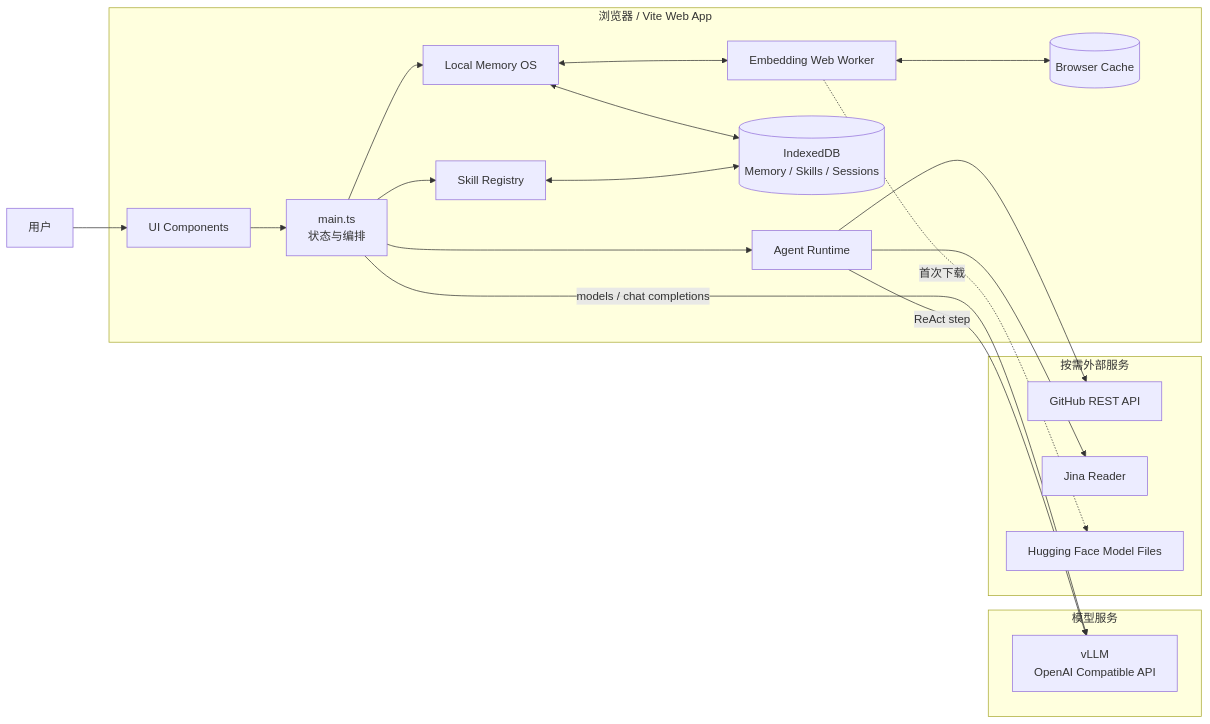
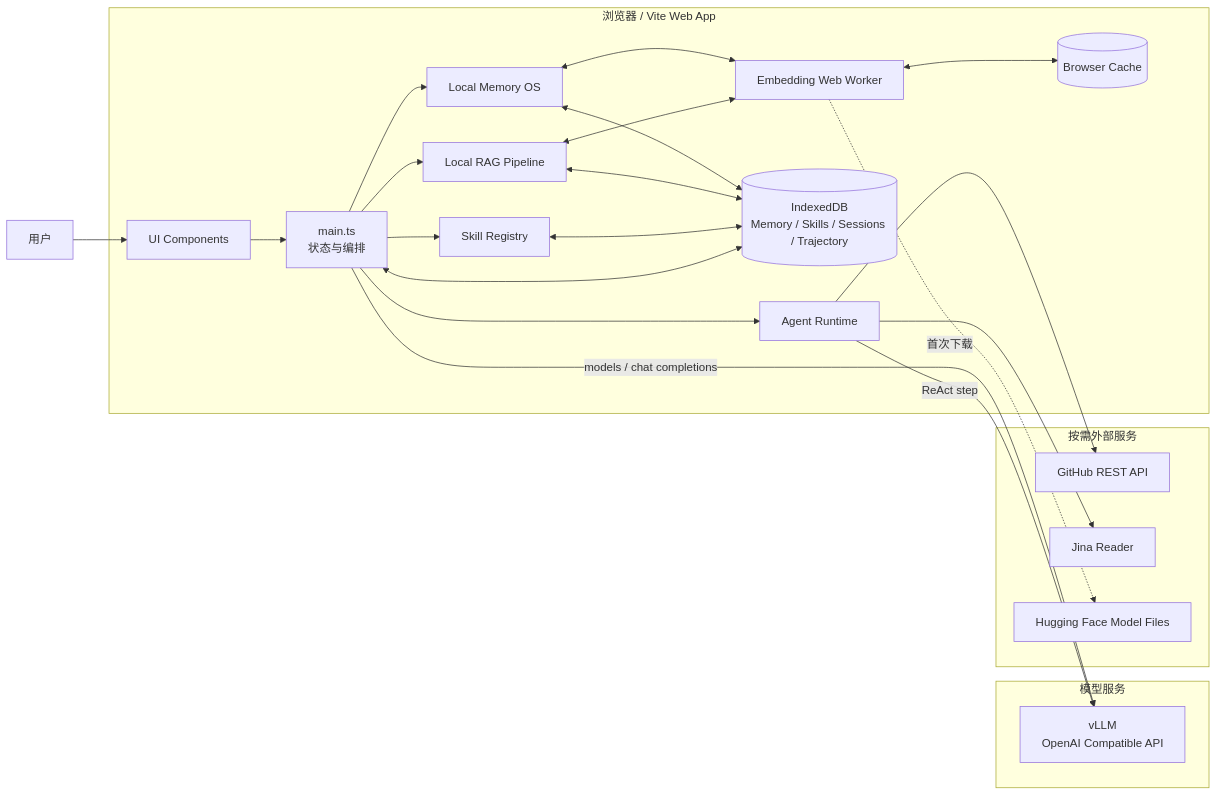
One commit to lijiajia96/llm-local changed the first of 17 diagrams in ARCHITECTURE.md. Above: the diagram before and after it, drawn with Mermaid. The commit also changed other lines of this file and 28 other files, not shown here.

Commit message:
feat: add local RAG and agent trajectories

````diff
--- a/ARCHITECTURE.md
+++ b/ARCHITECTURE.md
@@ -24,40 +25,45 @@
 ```mermaid
 flowchart LR
     User[用户]
 
     subgraph Browser["浏览器 / Vite Web App"]
         UI[UI Components]
         Main[main.ts<br/>状态与编排]
         Agent[Agent Runtime]
         Memory[Local Memory OS]
+        RAG[Local RAG Pipeline]
         Skills[Skill Registry]
-        IDB[(IndexedDB<br/>Memory / Skills / Sessions)]
+        IDB[(IndexedDB<br/>Memory / Skills / Sessions / Trajectory)]
         Worker[Embedding Web Worker]
         Cache[(Browser Cache)]
     end
 
     subgraph ModelHost["模型服务"]
         VLLM[vLLM<br/>OpenAI Compatible API]
     end
 
     subgraph External["按需外部服务"]
         GitHub[GitHub REST API]
         Jina[Jina Reader]
         HF[Hugging Face Model Files]
     end
 
     User --> UI
     UI --> Main
     Main --> Agent
     Main --> Memory
+    Main --> RAG
     Main --> Skills
     Main -->|models / chat completions| VLLM
     Agent -->|ReAct step| VLLM
     Agent --> GitHub
     Agent --> Jina
     Memory <--> IDB
+    RAG <--> IDB
     Skills <--> IDB
+    Main <--> IDB
     Memory <--> Worker
+    RAG <--> Worker
     Worker <--> Cache
     Worker -. 首次下载 .-> HF
 ```
````
